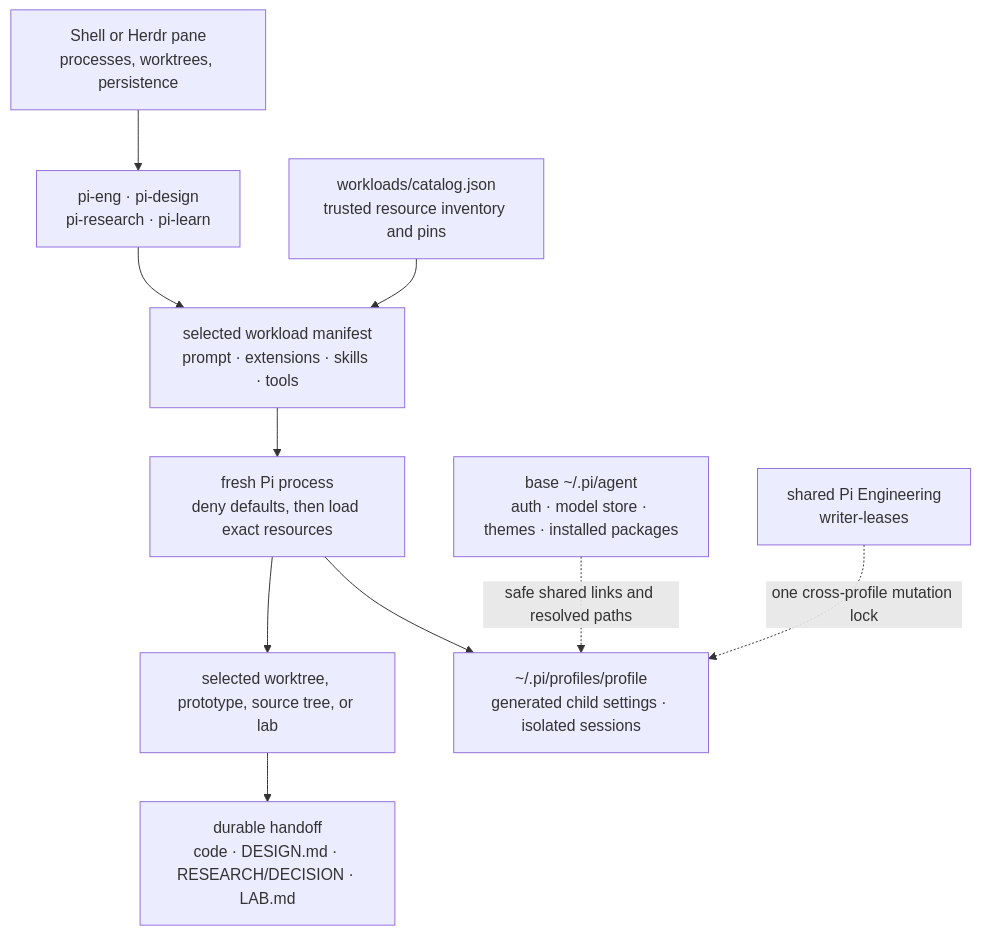
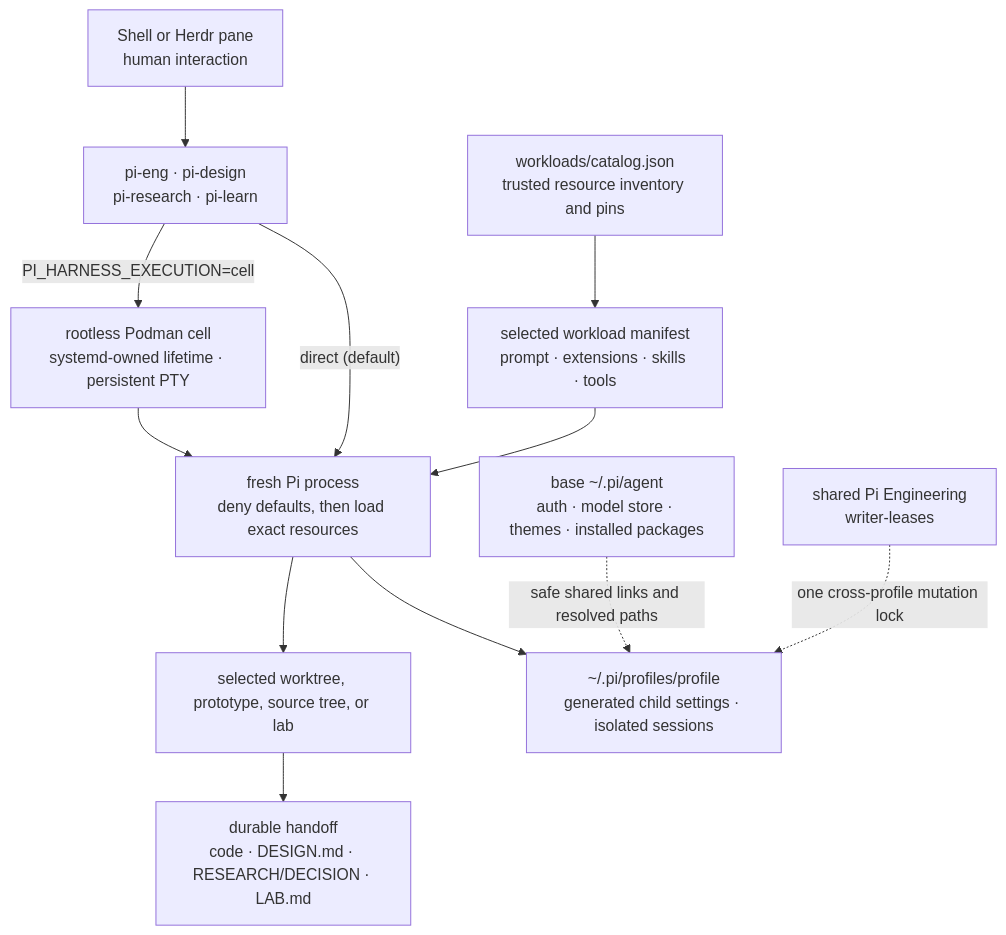
One commit to Daniishkhan/pi-harness changed the diagram in README.md. Above: the diagram before and after it, drawn with Mermaid. The commit also changed other lines of this file and 17 other files, not shown here.

Commit message:
feat: add persistent Podman cells

````diff
--- a/README.md
+++ b/README.md
@@ -16,15 +16,17 @@
 ```mermaid
 flowchart TB
-    H["Shell or Herdr pane<br/>processes, worktrees, persistence"] --> L["pi-eng · pi-design<br/>pi-research · pi-learn"]
+    H["Shell or Herdr pane<br/>human interaction"] --> L["pi-eng · pi-design<br/>pi-research · pi-learn"]
+    L -->|"direct (default)"| P
+    L -->|"PI_HARNESS_EXECUTION=cell"| CELL["rootless Podman cell<br/>systemd-owned lifetime · persistent PTY"]
+    CELL --> P
 
-    C["workloads/catalog.json<br/>trusted resource inventory and pins"] --> M["selected workload manifest<br/>prompt · extensions · skills · tools"]
-    L --> M
+    CAT["workloads/catalog.json<br/>trusted resource inventory and pins"] --> M["selected workload manifest<br/>prompt · extensions · skills · tools"]
     M --> P["fresh Pi process<br/>deny defaults, then load exact resources"]
 
     B["base ~/.pi/agent<br/>auth · model store · themes · installed packages"] -. "safe shared links and resolved paths" .-> PH
     P --> PH["~/.pi/profiles/profile<br/>generated child settings · isolated sessions"]
     WL["shared Pi Engineering<br/>writer-leases"] -. "one cross-profile mutation lock" .-> PH
 
     P --> W["selected worktree, prototype, source tree, or lab"]
     W --> A["durable handoff<br/>code · DESIGN.md · RESEARCH/DECISION · LAB.md"]
 ```
````
